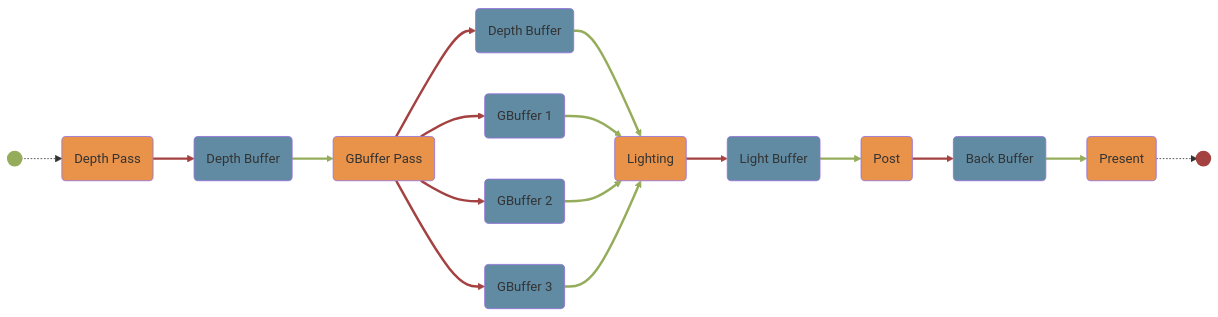
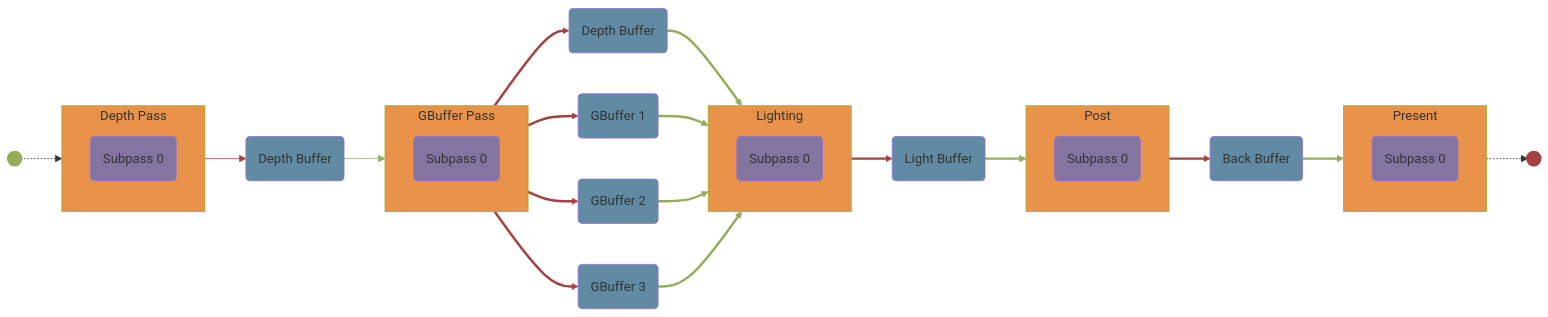
The diagram in docs/Design/FrameGraph.md (FuXiii/Turbo), drawn with Mermaid before and after one commit. The commit also changed other lines of this file and 3 other files, not shown here.

Commit message:
Update TFrameGraph::ToMermaid()

````diff
--- a/docs/Design/FrameGraph.md
+++ b/docs/Design/FrameGraph.md
@@ -209,56 +213,77 @@
 ```mermaid
 graph LR;
     classDef Resource fill:#608ba3
     classDef Pass fill:#e8924a
+    classDef Subpass fill:#8474a0
     classDef Start fill:#95ad5b,stroke:#95ad5b,stroke-width:4px
     classDef End fill:#a44141,stroke:#a44141,stroke-width:4px
 
     Start((" ")):::Start
     End((" ")):::End
     
     DepthBuffer0("Depth Buffer"):::Resource
     DepthBuffer1("Depth Buffer"):::Resource
     GBuffer1("GBuffer 1"):::Resource
     GBuffer2("GBuffer 2"):::Resource
     GBuffer3("GBuffer 3"):::Resource
     LightBuffer("Light Buffer"):::Resource
     BackBuffer("Back Buffer"):::Resource
 
-    DepthPass("Depth Pass"):::Pass
-    GBufferPass("GBuffer Pass"):::Pass
-    LightingPass("Lighting"):::Pass
-    PostPass("Post"):::Pass
-    PresentPass("Present"):::Pass
+    DepthPass:::Pass
+        subgraph DepthPass["Depth Pass"]
+            direction TB
+            DepthPassSubpass0("Subpass 0"):::Subpass
+        end
+    GBufferPass:::Pass
+        subgraph GBufferPass["GBuffer Pass"]
+            direction TB
+            GBufferPassSubpass0("Subpass 0"):::Subpass
+        end
+    LightingPass:::Pass
+        subgraph LightingPass["Lighting"]
+            direction TB
+            LightingPassSubpass0("Subpass 0"):::Subpass
+        end
+    PostPass:::Pass
+        subgraph PostPass["Post"]
+            direction TB
+            PostPassSubpass0("Subpass 0"):::Subpass
+        end
+    PresentPass:::Pass
+        subgraph PresentPass["Present"]
+            direction TB
+            PresentPassSubpass0("Subpass 0"):::Subpass
+        end
 
     Start-.->DepthPass
-    DepthPass-->DepthBuffer0
-    DepthBuffer0-->GBufferPass
-    GBufferPass-->DepthBuffer1
-    GBufferPass-->GBuffer1
-    GBufferPass-->GBuffer2
-    GBufferPass-->GBuffer3
-    DepthBuffer1-->LightingPass
-    GBuffer1-->LightingPass
-    GBuffer2-->LightingPass
-    GBuffer3-->LightingPass
-    LightingPass-->LightBuffer
-    LightBuffer-->PostPass
-    PostPass-->BackBuffer
-    BackBuffer-->PresentPass
+    DepthPassSubpass0-->DepthBuffer0
+    DepthBuffer0-->GBufferPassSubpass0
+    GBufferPassSubpass0-->DepthBuffer1
+    GBufferPassSubpass0-->GBuffer1
+    GBufferPassSubpass0-->GBuffer2
+    GBufferPassSubpass0-->GBuffer3
+    DepthBuffer1-->LightingPassSubpass0
+    GBuffer1-->LightingPassSubpass0
+    GBuffer2-->LightingPassSubpass0
+    GBuffer3-->LightingPassSubpass0
+    LightingPassSubpass0-->LightBuffer
+    LightBuffer-->PostPassSubpass0
+    PostPassSubpass0-->BackBuffer
+    BackBuffer-->PresentPassSubpass0
     PresentPass-.->End
 
-    linkStyle 1 stroke:#a44141,stroke-width:3px
-    linkStyle 2 stroke:#95ad5b,stroke-width:3px
+    linkStyle 1 stroke:#a44141,stroke-width:3px %% write link style
+    linkStyle 2 stroke:#95ad5b,stroke-width:3px %% read link style
     linkStyle 3 stroke:#a44141,stroke-width:3px
     linkStyle 4 stroke:#a44141,stroke-width:3px
     linkStyle 5 stroke:#a44141,stroke-width:3px
     linkStyle 6 stroke:#a44141,stroke-width:3px
     linkStyle 7 stroke:#95ad5b,stroke-width:3px
     linkStyle 8 stroke:#95ad5b,stroke-width:3px
     linkStyle 9 stroke:#95ad5b,stroke-width:3px
     linkStyle 10 stroke:#95ad5b,stroke-width:3px
     linkStyle 11 stroke:#a44141,stroke-width:3px
     linkStyle 12 stroke:#95ad5b,stroke-width:3px
     linkStyle 13 stroke:#a44141,stroke-width:3px
     linkStyle 14 stroke:#95ad5b,stroke-width:3px
 ```
````
